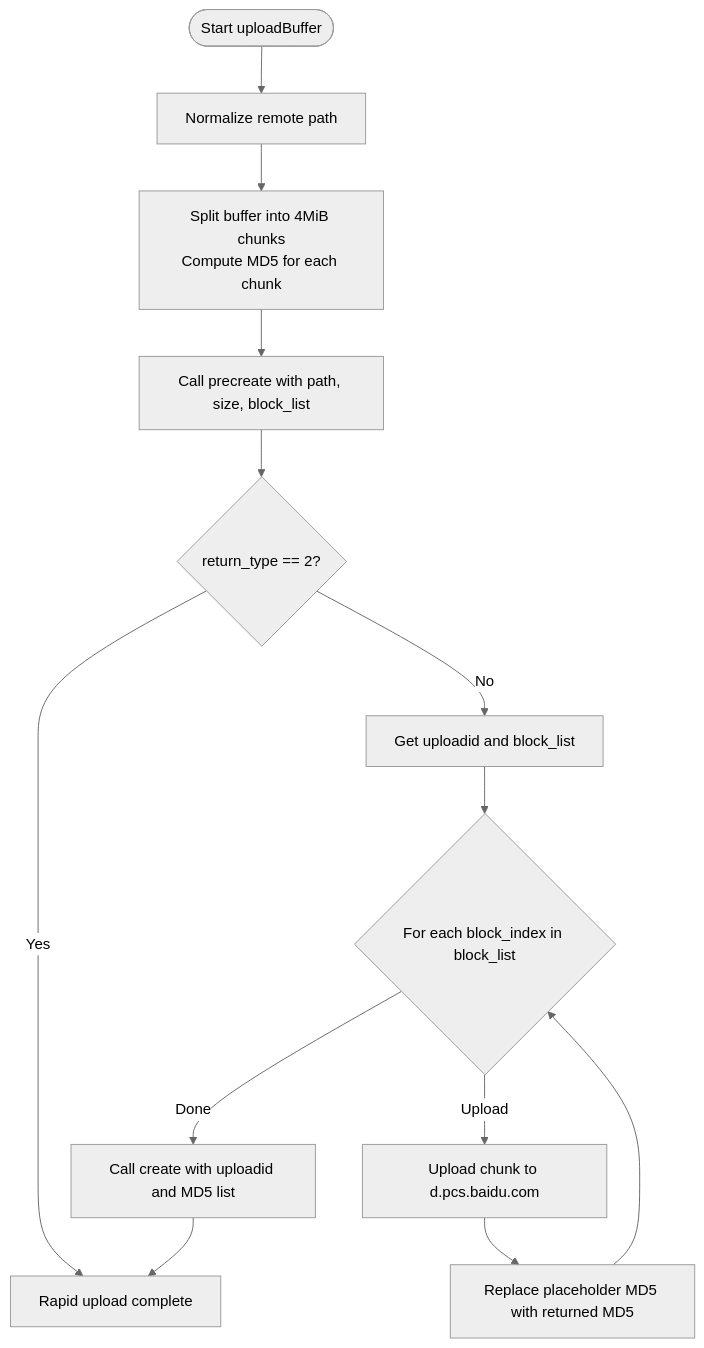
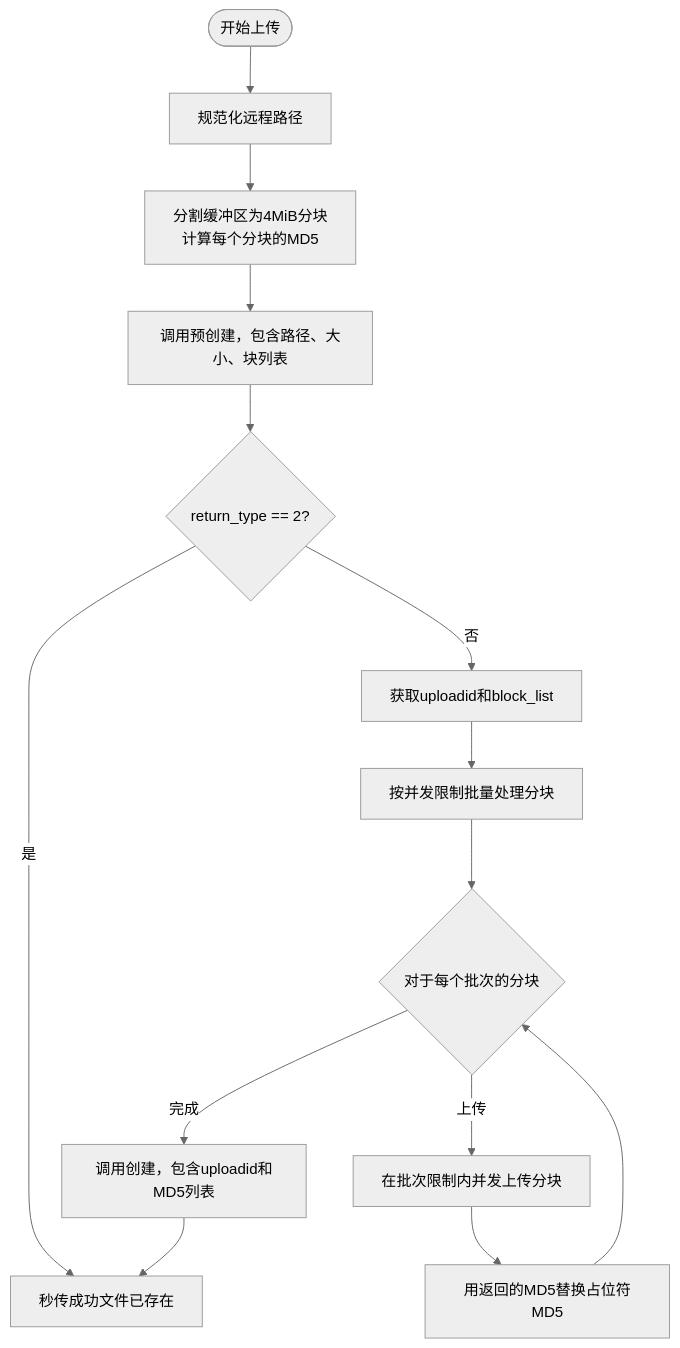
The third of 5 diagrams in .qoder/repowiki/en/content/Command Reference/Upload Command.md (yuexiaoliang/baiduwangpan-manager), drawn with Mermaid (neutral theme) before and after one commit. The commit also changed other lines of this file and 30 other files, not shown here.

````diff
--- a/.qoder/repowiki/en/content/Command Reference/Upload Command.md
+++ b/.qoder/repowiki/en/content/Command Reference/Upload Command.md
@@ -167,15 +202,16 @@
 ```mermaid
 flowchart TD
-Start(["Start uploadBuffer"]) --> Normalize["Normalize remote path"]
-Normalize --> Chunk["Split buffer into 4MiB chunks<br/>Compute MD5 for each chunk"]
-Chunk --> Precreate["Call precreate with path, size, block_list"]
+Start(["开始上传"]) --> Normalize["规范化远程路径"]
+Normalize --> Chunk["分割缓冲区为4MiB分块<br/>计算每个分块的MD5"]
+Chunk --> Precreate["调用预创建，包含路径、大小、块列表"]
 Precreate --> ReturnType{"return_type == 2?"}
-ReturnType --> |Yes| Done["Rapid upload complete"]
-ReturnType --> |No| Blocks["Get uploadid and block_list"]
-Blocks --> Loop{"For each block_index in block_list"}
-Loop --> |Upload| UploadChunk["Upload chunk to d.pcs.baidu.com"]
-UploadChunk --> UpdateMD5["Replace placeholder MD5 with returned MD5"]
+ReturnType --> |是| Done["秒传成功文件已存在"]
+ReturnType --> |否| Blocks["获取uploadid和block_list"]
+Blocks --> Batch["按并发限制批量处理分块"]
+Batch --> Loop{"对于每个批次的分块"}
+Loop --> |上传| Concurrent["在批次限制内并发上传分块"]
+Concurrent --> UpdateMD5["用返回的MD5替换占位符MD5"]
 UpdateMD5 --> Loop
-Loop --> |Done| Create["Call create with uploadid and MD5 list"]
+Loop --> |完成| Create["调用创建，包含uploadid和MD5列表"]
 Create --> Done
 ```
````
